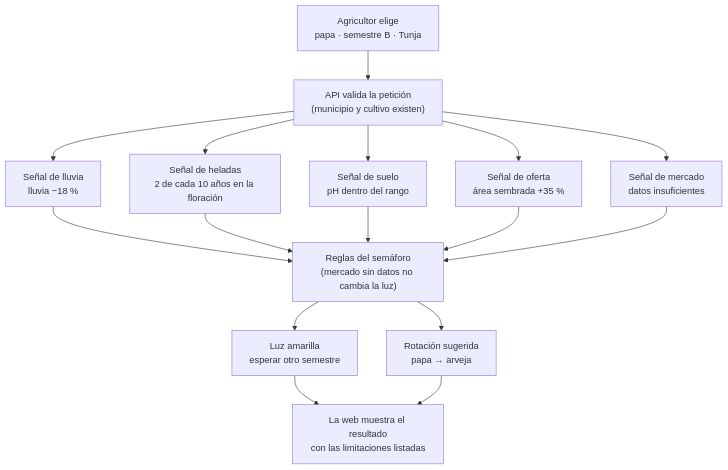
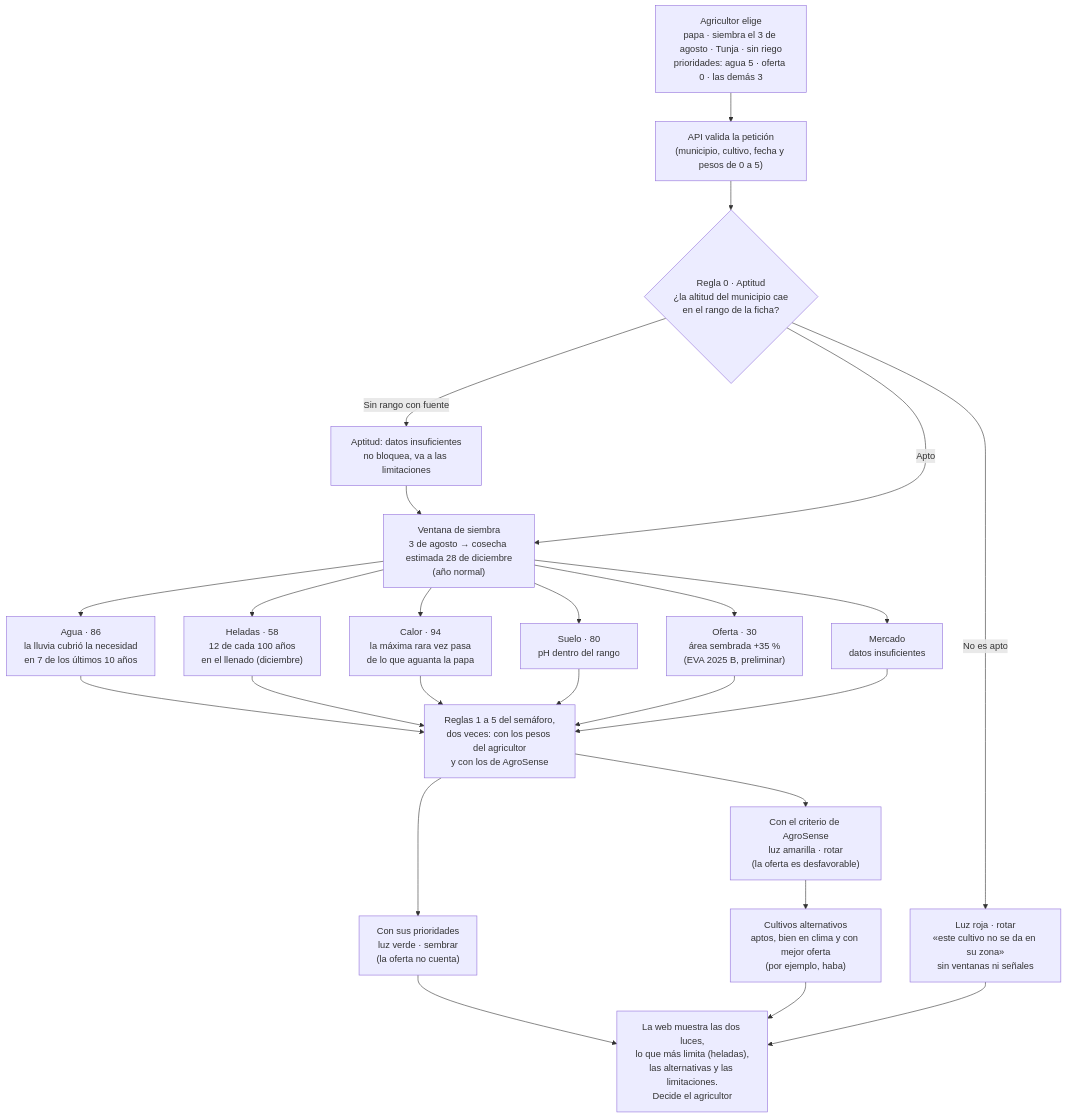
The diagram in docs/flujo-de-decision.md (FelipeGo18/AgroSense), drawn with Mermaid before and after one commit. The commit also changed other lines of this file and 39 other files, not shown here.

Commit message:
docs: ventanas de siembra, aptitud, seis señales, método FAO con prioridades del agricultor, dos luces, terrenos divisibles, varias fuentes y auditoría (HU-190 a HU-204)

````diff
--- a/docs/flujo-de-decision.md
+++ b/docs/flujo-de-decision.md
@@ -5,18 +7,27 @@
 ```mermaid
 flowchart TD
-    A["Agricultor elige<br/>papa · semestre B · Tunja"] --> B["API valida la petición<br/>(municipio y cultivo existen)"]
-    B --> C["Señal de lluvia<br/>lluvia −18 %"]
-    B --> C2["Señal de heladas<br/>2 de cada 10 años en la floración"]
-    B --> C3["Señal de suelo<br/>pH dentro del rango"]
-    B --> D["Señal de oferta<br/>área sembrada +35 %"]
-    B --> E["Señal de mercado<br/>datos insuficientes"]
-    C --> F["Reglas del semáforo<br/>(mercado sin datos no cambia la luz)"]
-    C2 --> F
-    C3 --> F
-    D --> F
-    E --> F
-    F --> G["Luz amarilla<br/>esperar otro semestre"]
-    F --> H["Rotación sugerida<br/>papa → arveja"]
-    G --> I["La web muestra el resultado<br/>con las limitaciones listadas"]
-    H --> I
+    A["Agricultor elige<br/>papa · siembra el 3 de agosto · Tunja · sin riego<br/>prioridades: agua 5 · oferta 0 · las demás 3"] --> B["API valida la petición<br/>(municipio, cultivo, fecha y pesos de 0 a 5)"]
+    B --> R0{"Regla 0 · Aptitud<br/>¿la altitud del municipio cae<br/>en el rango de la ficha?"}
+    R0 -- "No es apto" --> N["Luz roja · rotar<br/>«este cultivo no se da en su zona»<br/>sin ventanas ni señales"]
+    R0 -- "Sin rango con fuente" --> L0["Aptitud: datos insuficientes<br/>no bloquea, va a las limitaciones"]
+    L0 --> W
+    R0 -- "Apto" --> W["Ventana de siembra<br/>3 de agosto → cosecha estimada 28 de diciembre<br/>(año normal)"]
+    W --> S1["Agua · 86<br/>la lluvia cubrió la necesidad<br/>en 7 de los últimos 10 años"]
+    W --> S2["Heladas · 58<br/>12 de cada 100 años<br/>en el llenado (diciembre)"]
+    W --> S3["Calor · 94<br/>la máxima rara vez pasa<br/>de lo que aguanta la papa"]
+    W --> S4["Suelo · 80<br/>pH dentro del rango"]
+    W --> S5["Oferta · 30<br/>área sembrada +35 %<br/>(EVA 2025 B, preliminar)"]
+    W --> S6["Mercado<br/>datos insuficientes"]
+    S1 --> F["Reglas 1 a 5 del semáforo,<br/>dos veces: con los pesos del agricultor<br/>y con los de AgroSense"]
+    S2 --> F
+    S3 --> F
+    S4 --> F
+    S5 --> F
+    S6 --> F
+    F --> G1["Con sus prioridades<br/>luz verde · sembrar<br/>(la oferta no cuenta)"]
+    F --> G2["Con el criterio de AgroSense<br/>luz amarilla · rotar<br/>(la oferta es desfavorable)"]
+    G2 --> ALT["Cultivos alternativos<br/>aptos, bien en clima y con mejor oferta<br/>(por ejemplo, haba)"]
+    G1 --> I["La web muestra las dos luces,<br/>lo que más limita (heladas),<br/>las alternativas y las limitaciones.<br/>Decide el agricultor"]
+    ALT --> I
+    N --> I
 ```
````
